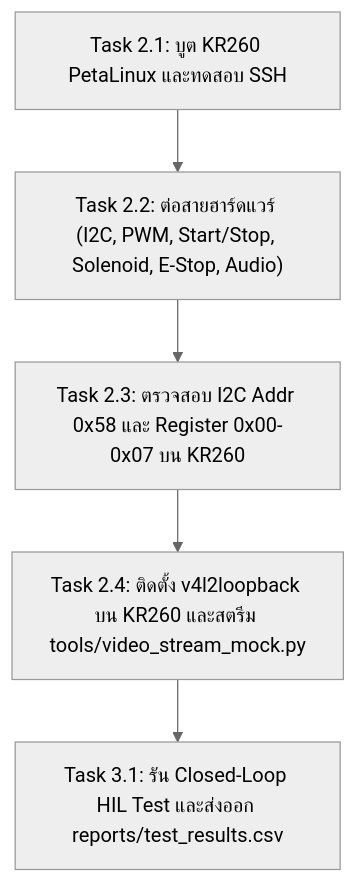
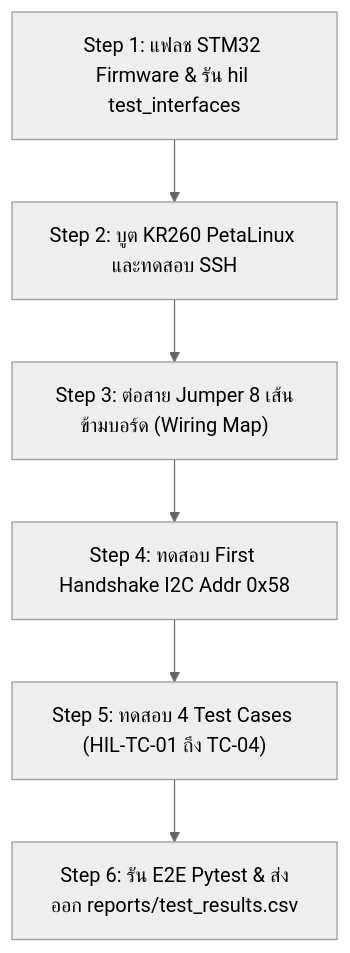
The diagram in PROJECT_PLAN.md (riwrivvriw/kria260-stm32-hil-cicd), drawn with Mermaid (neutral theme) before and after one commit. The commit also changed other lines of this file, not shown here.

````diff
--- a/PROJECT_PLAN.md
+++ b/PROJECT_PLAN.md
@@ -132,10 +132,11 @@
 ```mermaid
 flowchart TD
-    T1["Task 2.1: บูต KR260 PetaLinux และทดสอบ SSH"]
-    T2["Task 2.2: ต่อสายฮาร์ดแวร์ (I2C, PWM, Start/Stop, Solenoid, E-Stop, Audio)"]
-    T3["Task 2.3: ตรวจสอบ I2C Addr 0x58 และ Register 0x00-0x07 บน KR260"]
-    T4["Task 2.4: ติดตั้ง v4l2loopback บน KR260 และสตรีม tools/video_stream_mock.py"]
-    T5["Task 3.1: รัน Closed-Loop HIL Test และส่งออก reports/test_results.csv"]
+    T1["Step 1: แฟลช STM32 Firmware & รัน hil test_interfaces"]
+    T2["Step 2: บูต KR260 PetaLinux และทดสอบ SSH"]
+    T3["Step 3: ต่อสาย Jumper 8 เส้นข้ามบอร์ด (Wiring Map)"]
+    T4["Step 4: ทดสอบ First Handshake I2C Addr 0x58"]
+    T5["Step 5: ทดสอบ 4 Test Cases (HIL-TC-01 ถึง TC-04)"]
+    T6["Step 6: รัน E2E Pytest & ส่งออก reports/test_results.csv"]
 
-    T1 --> T2 --> T3 --> T4 --> T5
+    T1 --> T2 --> T3 --> T4 --> T5 --> T6
 ```
````
